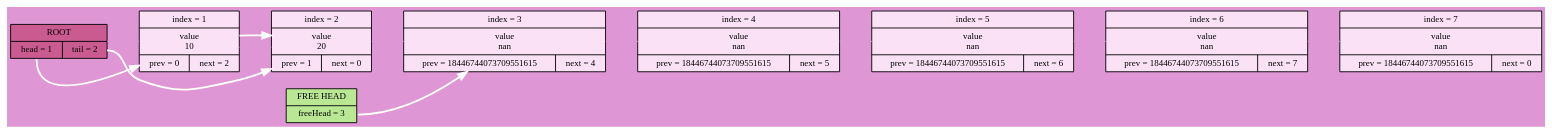
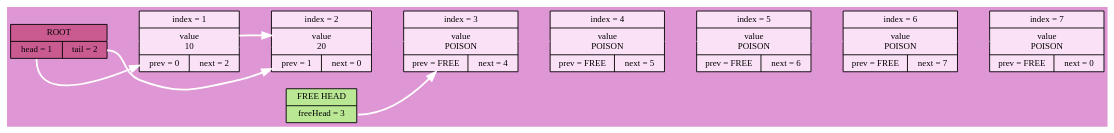
Before and after one commit to Wool5443/LinkedList: the diagram in log/dot/iter0.dot, drawn with Graphviz. The commit also changed 38 other files, not shown here.

```diff
--- a/log/dot/iter0.dot
+++ b/log/dot/iter0.dot
@@ -1,20 +1,20 @@
 digraph
 {
 rankdir = LR;
 node[shape = record, color = "#000000", fontname = "Fira Code Bold", fontsize = 10];
 bgcolor = "#de97d4";
 ROOT[style = "filled", fillcolor = "#c95b90", label = "ROOT|{<head>head = 1|<tail>tail = 2}"];
 FREE_HEAD[style = "filled", fillcolor = "#b9e793", label = "FREE HEAD|<freeHead>freeHead = 3"];
 CELL_1[style = "filled", fillcolor = "#fae1f6", label = "index = 1|value\n10|{prev = 0|next = 2}"];
 CELL_2[style = "filled", fillcolor = "#fae1f6", label = "index = 2|value\n20|{prev = 1|next = 0}"];
-CELL_3[style = "filled", fillcolor = "#fae1f6", label = "index = 3|value\nnan|{prev = 18446744073709551615|next = 4}"];
-CELL_4[style = "filled", fillcolor = "#fae1f6", label = "index = 4|value\nnan|{prev = 18446744073709551615|next = 5}"];
-CELL_5[style = "filled", fillcolor = "#fae1f6", label = "index = 5|value\nnan|{prev = 18446744073709551615|next = 6}"];
-CELL_6[style = "filled", fillcolor = "#fae1f6", label = "index = 6|value\nnan|{prev = 18446744073709551615|next = 7}"];
-CELL_7[style = "filled", fillcolor = "#fae1f6", label = "index = 7|value\nnan|{prev = 18446744073709551615|next = 0}"];
+CELL_3[style = "filled", fillcolor = "#fae1f6", label = "index = 3|value\nPOISON|{prev = FREE|next = 4}"];
+CELL_4[style = "filled", fillcolor = "#fae1f6", label = "index = 4|value\nPOISON|{prev = FREE|next = 5}"];
+CELL_5[style = "filled", fillcolor = "#fae1f6", label = "index = 5|value\nPOISON|{prev = FREE|next = 6}"];
+CELL_6[style = "filled", fillcolor = "#fae1f6", label = "index = 6|value\nPOISON|{prev = FREE|next = 7}"];
+CELL_7[style = "filled", fillcolor = "#fae1f6", label = "index = 7|value\nPOISON|{prev = FREE|next = 0}"];
 ROOT->CELL_1->CELL_2->CELL_3->CELL_4->CELL_5->CELL_6->CELL_7 [weight = 1000000000, color = "#de97d4"];
 ROOT:head->CELL_1 [style = "bold", color = white];
 ROOT:tail->CELL_2 [style = "bold", color = white];
 CELL_1->CELL_2[style = "bold", color = white];
 FREE_HEAD:freeHead->CELL_3[style = "bold", color = white];
 }
```
